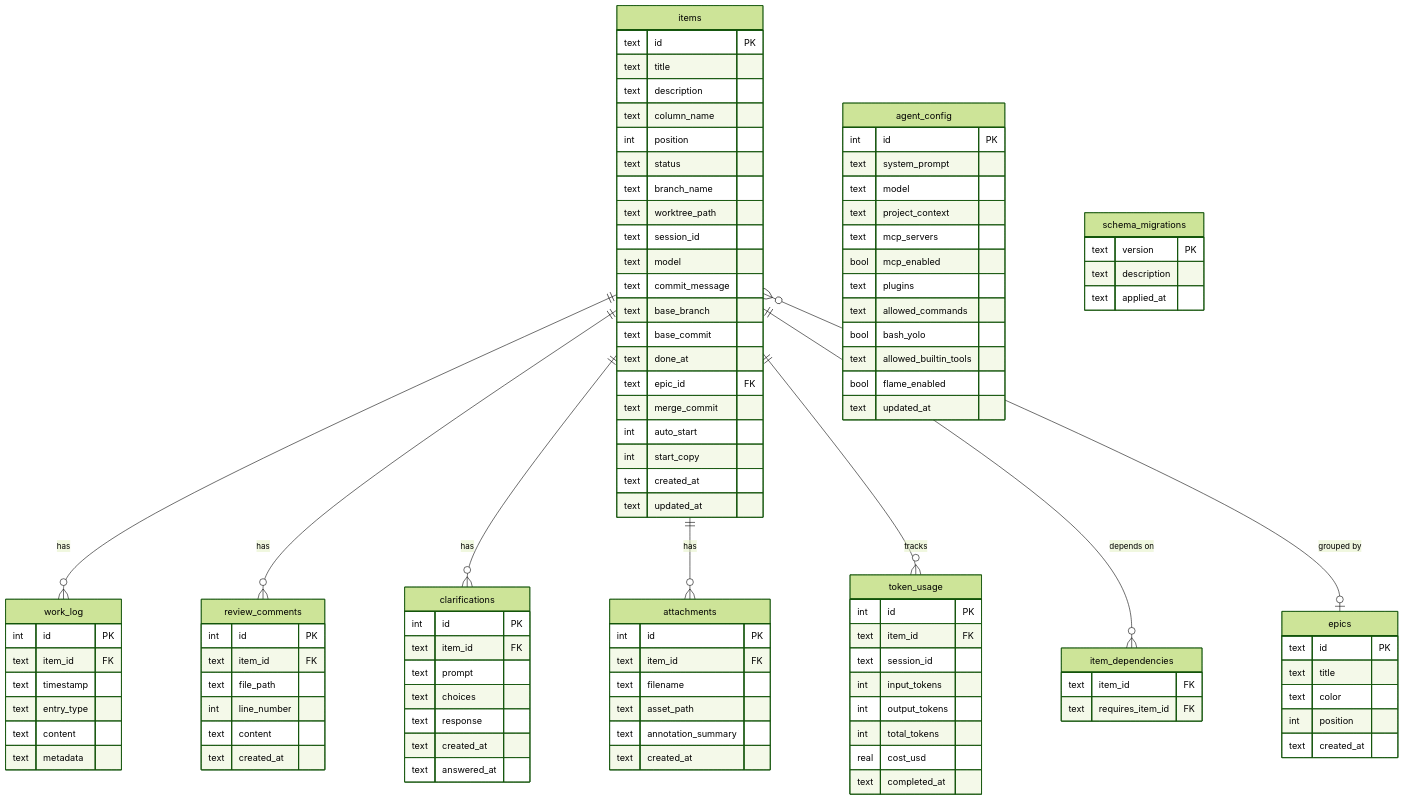
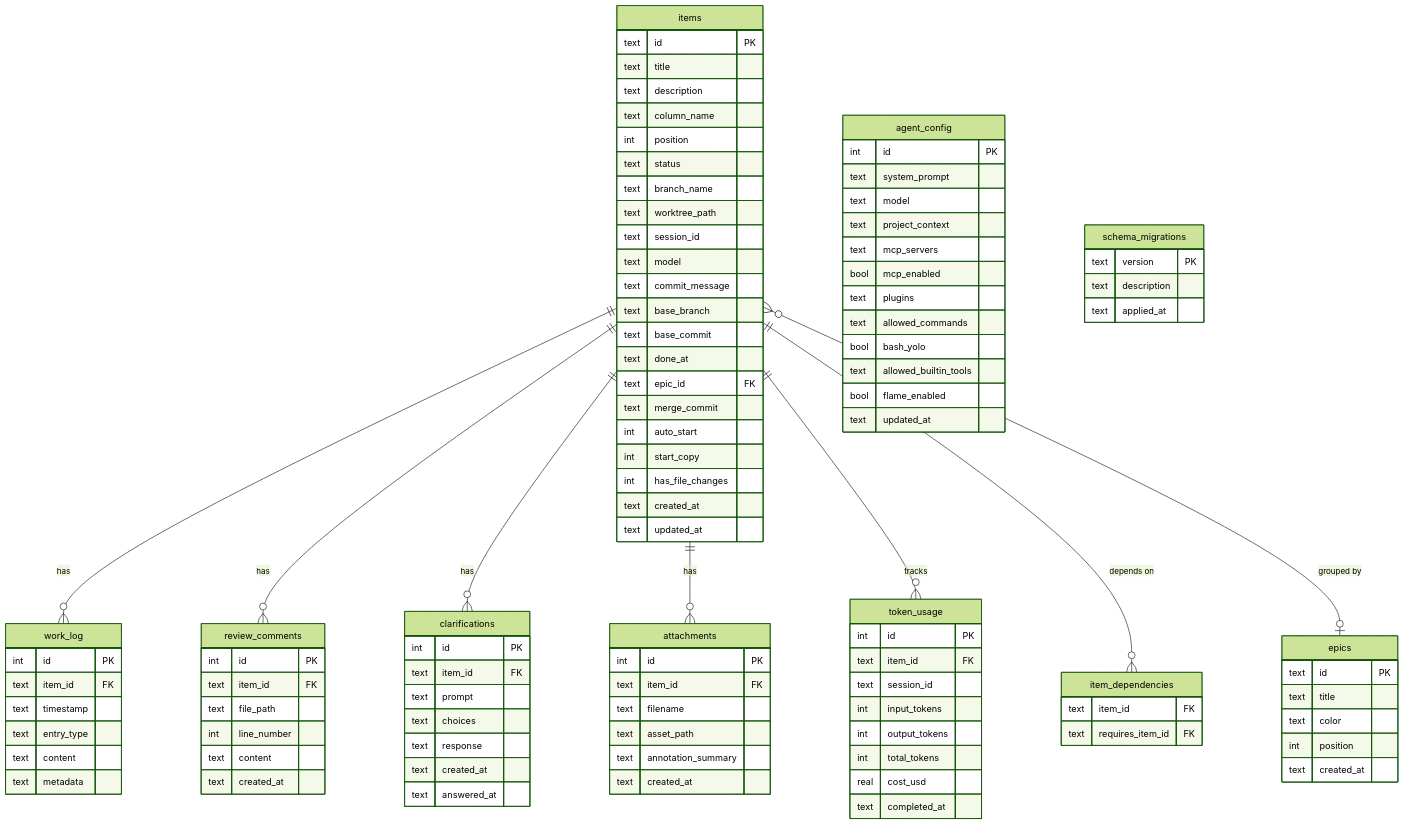
Before and after one commit to epatel/claude-agents-dashboard: the fourth of 4 diagrams in README.md, drawn with Mermaid (forest theme). The commit also changed other lines of this file and 5 other files, not shown here.

```diff
--- a/README.md
+++ b/README.md
@@ -259,6 +261,7 @@
         text merge_commit
         int auto_start
         int start_copy
+        int has_file_changes
         text created_at
         text updated_at
     }
```
